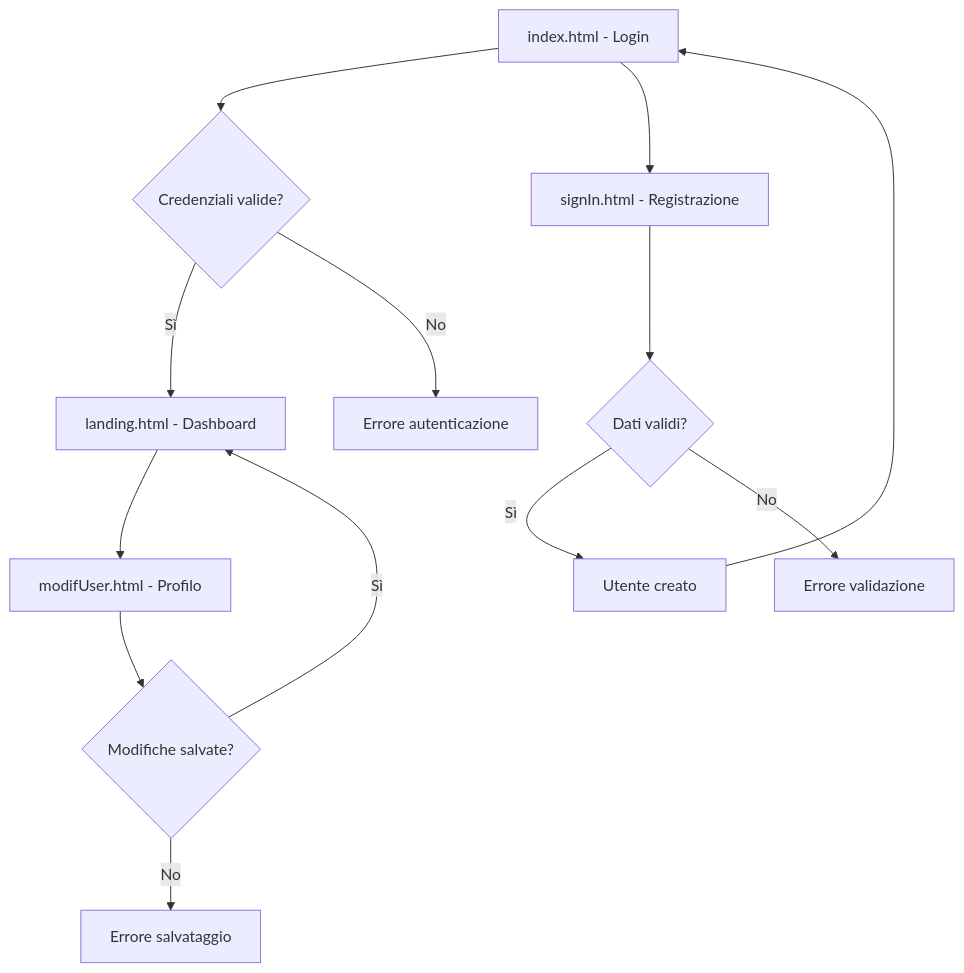
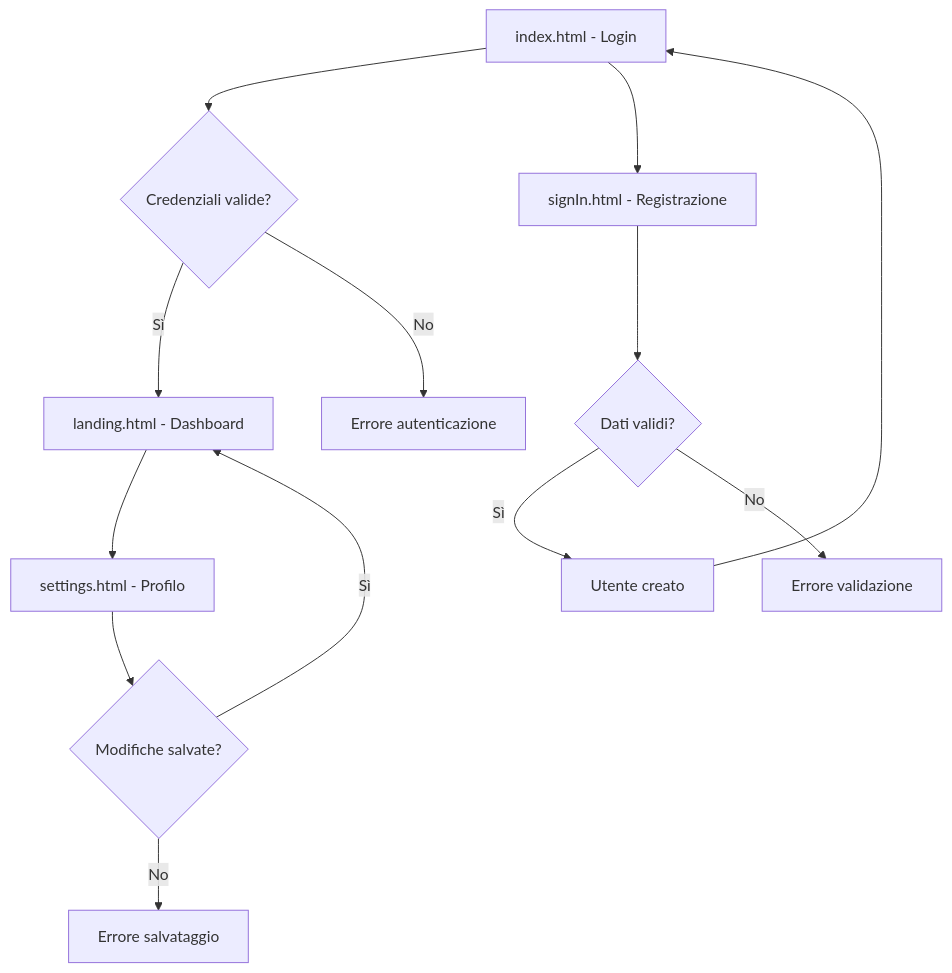
The diagram in documentation/README.md (damiano-g/PGRC-project), drawn with Mermaid before and after one commit. The commit also changed other lines of this file and 13 other files, not shown here.

````diff
--- a/documentation/README.md
+++ b/documentation/README.md
@@ -50,14 +50,14 @@
 ```mermaid
 graph TD
     A[index.html - Login] --> B{Credenziali valide?}
     B -->|Sì| C[landing.html - Dashboard]
     B -->|No| D[Errore autenticazione]
     A --> E[signIn.html - Registrazione]
     E --> F{Dati validi?}
     F -->|Sì| G[Utente creato] --> A
     F -->|No| H[Errore validazione]
-    C --> I[modifUser.html - Profilo]
+    C --> I[settings.html - Profilo]
     I --> J{Modifiche salvate?}
     J -->|Sì| C
     J -->|No| K[Errore salvataggio]
 ```
````
